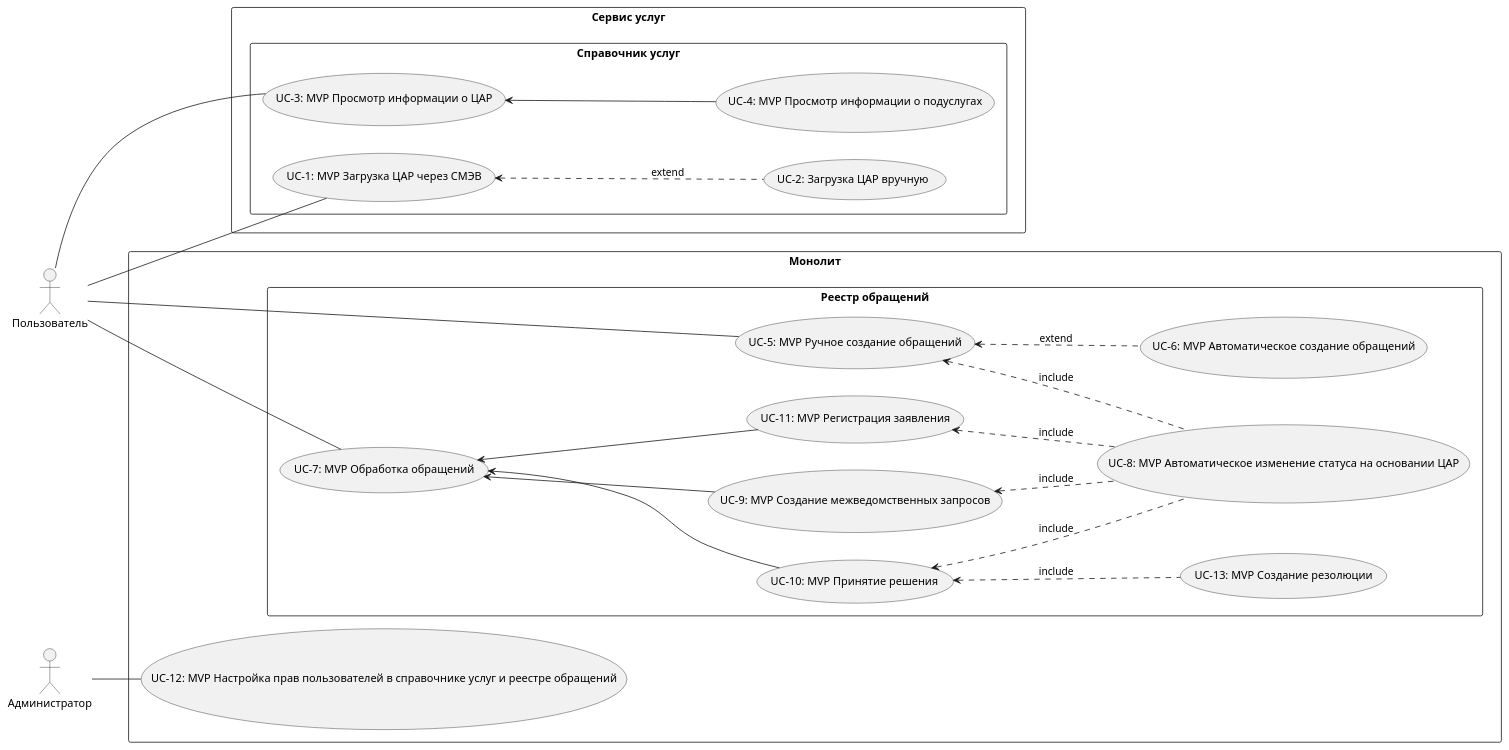
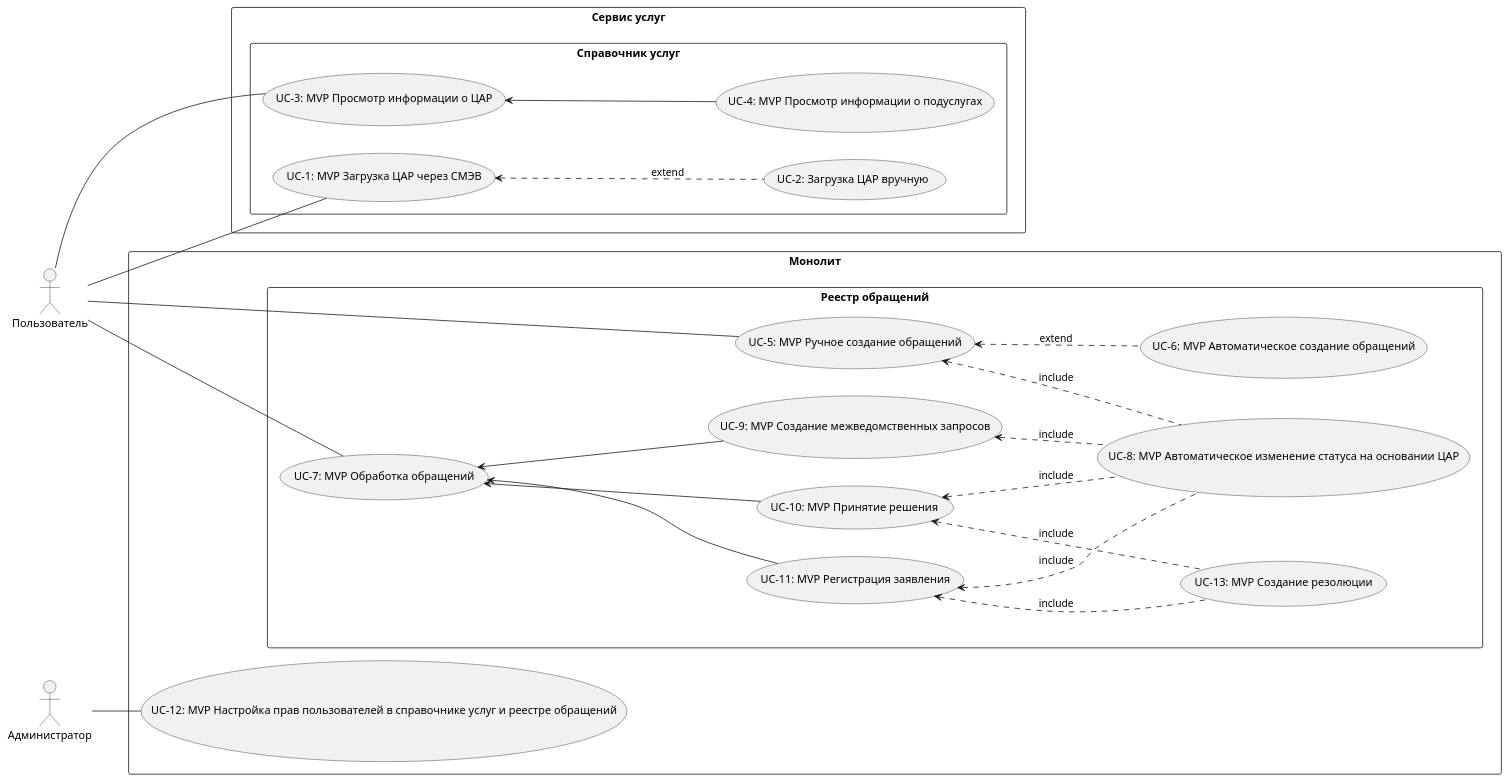
One commit to sonorame/docs_kcr changed the diagram in docs/site/diagrams/src/usecase.puml. Above: the diagram before and after it, drawn with PlantUML. The commit also changed 8 other files, not shown here.

```diff
--- a/docs/site/diagrams/src/usecase.puml
+++ b/docs/site/diagrams/src/usecase.puml
@@ -1,50 +1,51 @@
 @startuml
 left to right direction
 skinparam packageStyle rectangle
 
 actor "Пользователь" as usr
 actor "Администратор" as adm
 
 rectangle "Монолит" {
   usecase (UC-12: MVP Настройка прав пользователей в справочнике услуг и реестре обращений) as settingsUsr
   rectangle "Реестр обращений" {
       'Пользователь
       usecase (UC-5: MVP Ручное создание обращений) as createTasks
       usecase (UC-6: MVP Автоматическое создание обращений) as autoCreateTasks
       usecase (UC-7: MVP Обработка обращений) as doTasks
       usecase (UC-8: MVP Автоматическое изменение статуса на основании ЦАР) as autoChangeStatus
       usecase (UC-9: MVP Создание межведомственных запросов) as createSMEVRequest
       usecase (UC-10: MVP Принятие решения) as decideTask
       usecase (UC-11: MVP Регистрация заявления) as regTask
       usecase (UC-13: MVP Создание резолюции) as createRezol
   }
 }
 rectangle "Сервис услуг" {
   rectangle "Справочник услуг" {
     'Пользователь
     usecase (UC-1: MVP Загрузка ЦАР через СМЭВ) as uploadCarSMEV
     usecase (UC-2: Загрузка ЦАР вручную) as uploadCarManual
     usecase (UC-3: MVP Просмотр информации о ЦАР) as viewInfoCar
     usecase (UC-4: MVP Просмотр информации о подуслугах) as viewInfoSubcar
     usr -- uploadCarSMEV
     uploadCarSMEV <.. uploadCarManual: extend
     usr -- viewInfoCar
     viewInfoCar <-- viewInfoSubcar
   }
   
 }
 usr -- doTasks
 doTasks <-- createSMEVRequest
 doTasks <-- decideTask
 createTasks <.. autoCreateTasks: extend
 usr -- createTasks
 doTasks <-- regTask
 createTasks <.. autoChangeStatus: include
 decideTask <.. autoChangeStatus: include
+regTask <.. createRezol: include
 decideTask <.. createRezol: include
 regTask <.. autoChangeStatus: include
 createSMEVRequest <.. autoChangeStatus: include
 
 adm -- settingsUsr
 
 @enduml
```
